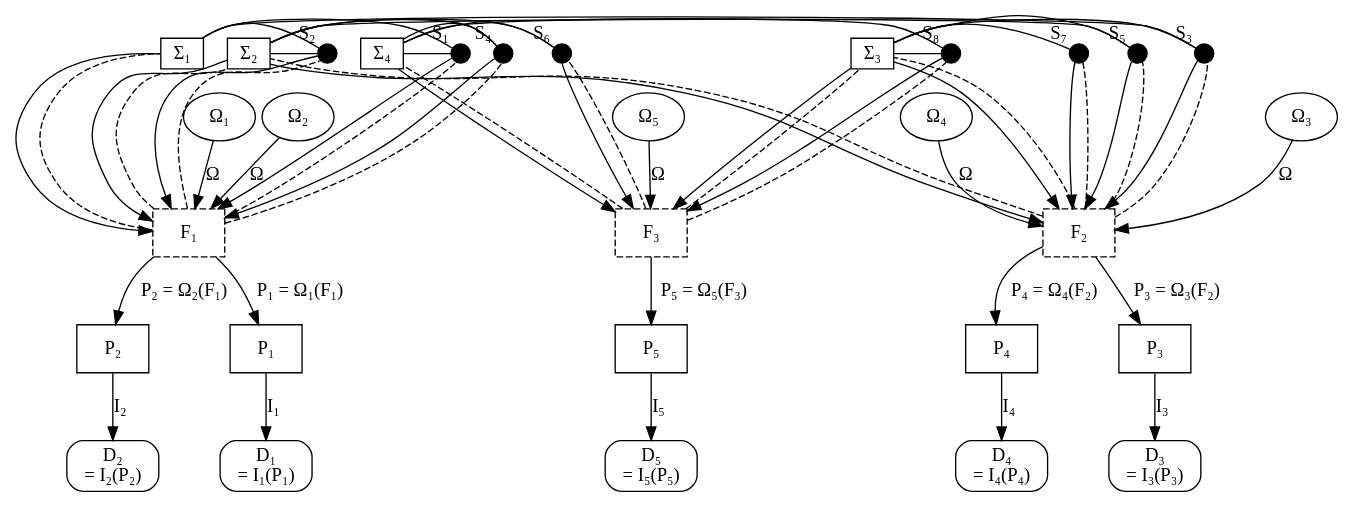
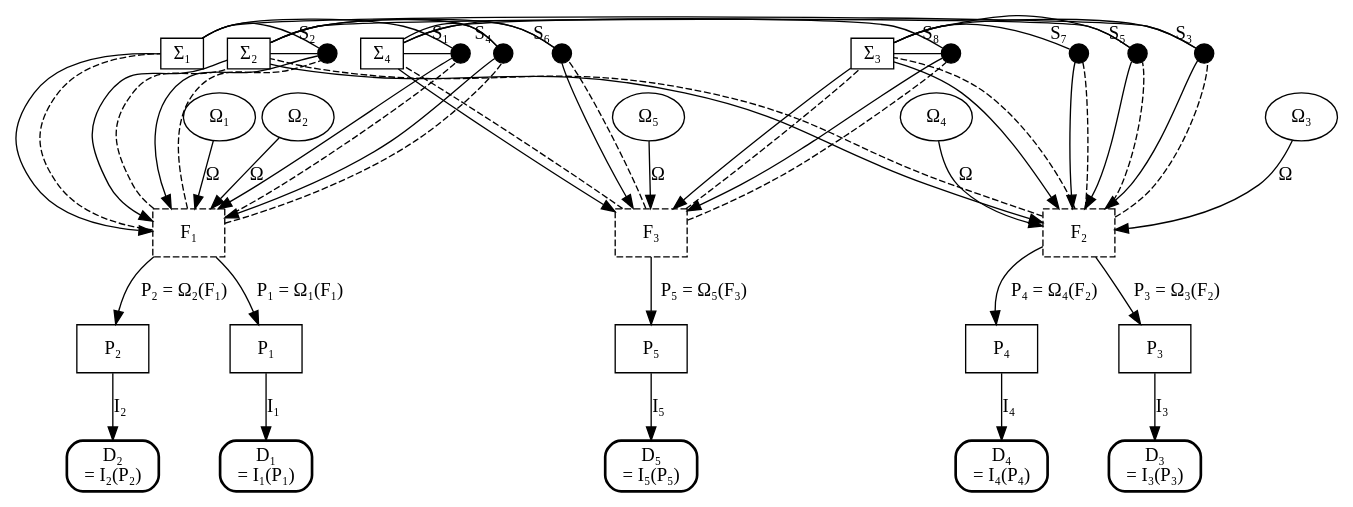
The second of 8 diagrams in docs/Whitepaper.qmd (ssccsorg/ssccs), drawn with Graphviz before and after one commit. The commit also changed other lines of this file and 3 other files, not shown here.

Commit message:
wp: update graph and fix an encoding

```diff
--- a/docs/Whitepaper.qmd
+++ b/docs/Whitepaper.qmd
@@ -270,7 +271,7 @@
     
     // === Fifth rank: Interpreted Data (final deterministic values) ===
     { rank=5;
-        node [shape=box, style=rounded];
+        node [shape=box, style=rounded, penwidth=2];
         d1 [label="D₁\n= I₁(P₁)"];
         d2 [label="D₂\n= I₂(P₂)"];
         d3 [label="D₃\n= I₃(P₃)"];
```
